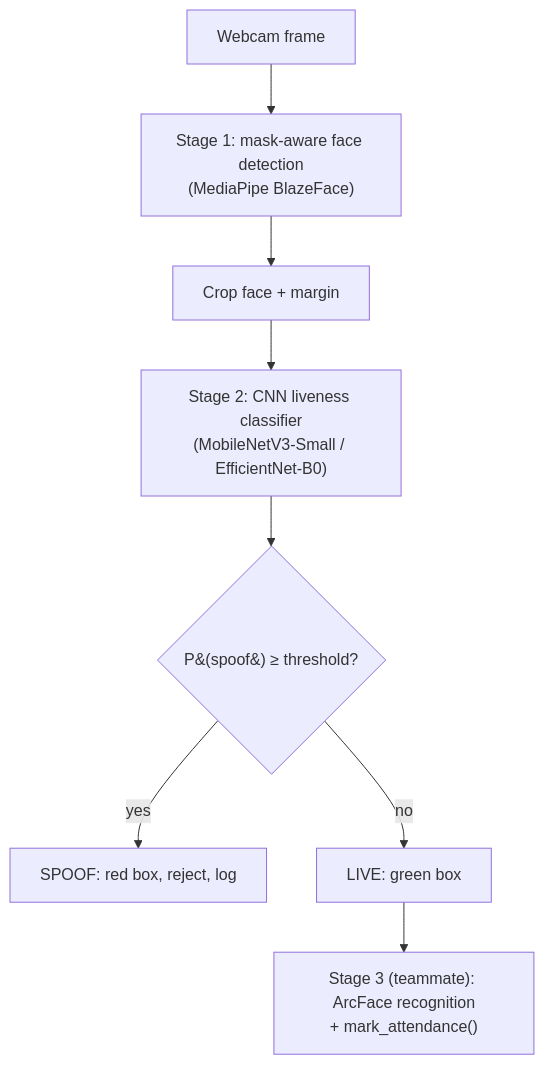
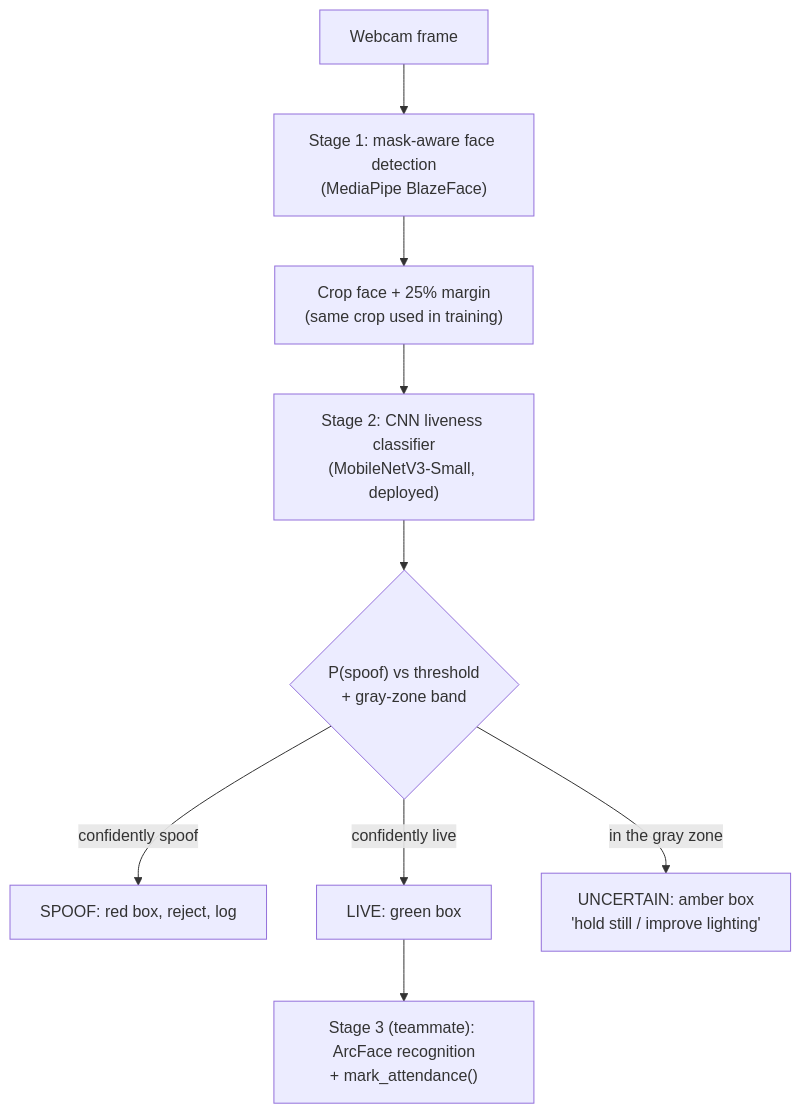
One commit to Yuvika687/anti-spoof-attendance changed the diagram in README.md. Above: the diagram before and after it, drawn with Mermaid. The commit also changed other lines of this file, not shown here.

````diff
--- a/README.md
+++ b/README.md
@@ -25,10 +25,11 @@
 ```mermaid
 flowchart TD
     A[Webcam frame] --> B["Stage 1: mask-aware face detection<br/>(MediaPipe BlazeFace)"]
-    B --> C[Crop face + margin]
-    C --> D["Stage 2: CNN liveness classifier<br/>(MobileNetV3-Small / EfficientNet-B0)"]
-    D --> E{P&#40;spoof&#41; ≥ threshold?}
-    E -- yes --> F[SPOOF: red box, reject, log]
-    E -- no --> G[LIVE: green box]
+    B --> C["Crop face + 25% margin<br/>(same crop used in training)"]
+    C --> D["Stage 2: CNN liveness classifier<br/>(MobileNetV3-Small, deployed)"]
+    D --> E{"P(spoof) vs threshold<br/>+ gray-zone band"}
+    E -- "confidently spoof" --> F[SPOOF: red box, reject, log]
+    E -- "confidently live" --> G[LIVE: green box]
+    E -- "in the gray zone" --> I["UNCERTAIN: amber box<br/>'hold still / improve lighting'"]
     G --> H["Stage 3 (teammate): ArcFace recognition<br/>+ mark_attendance()"]
 ```
````
